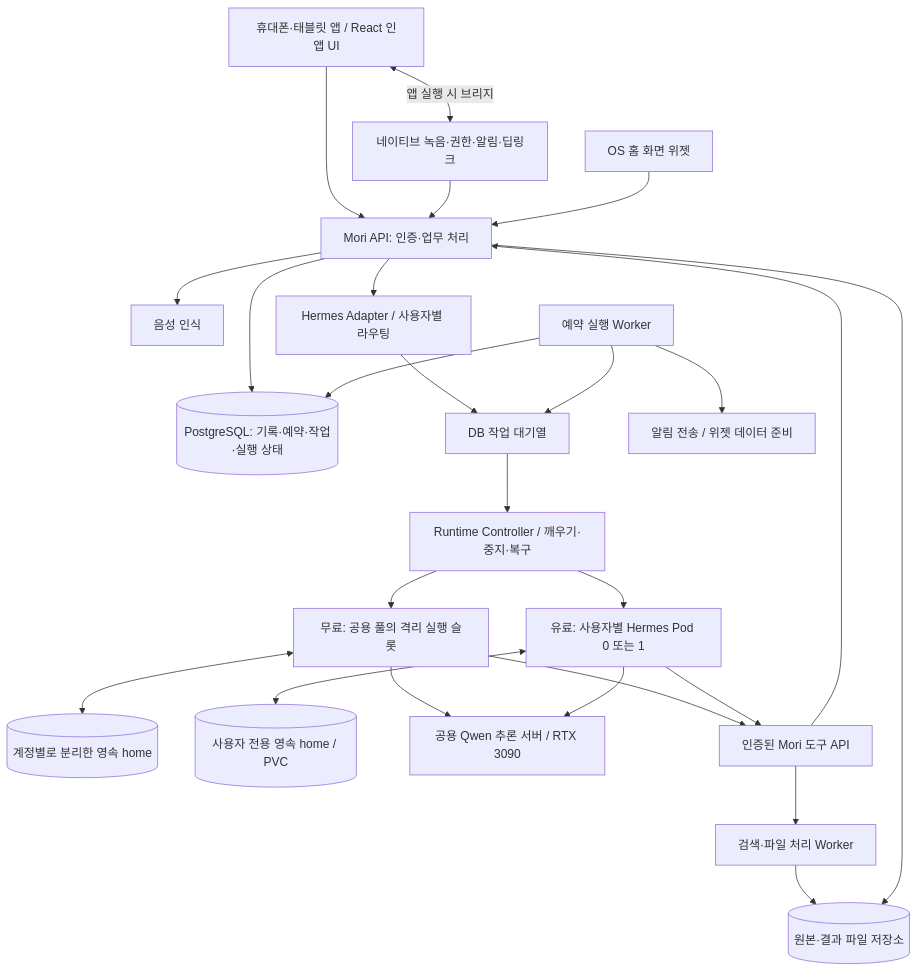
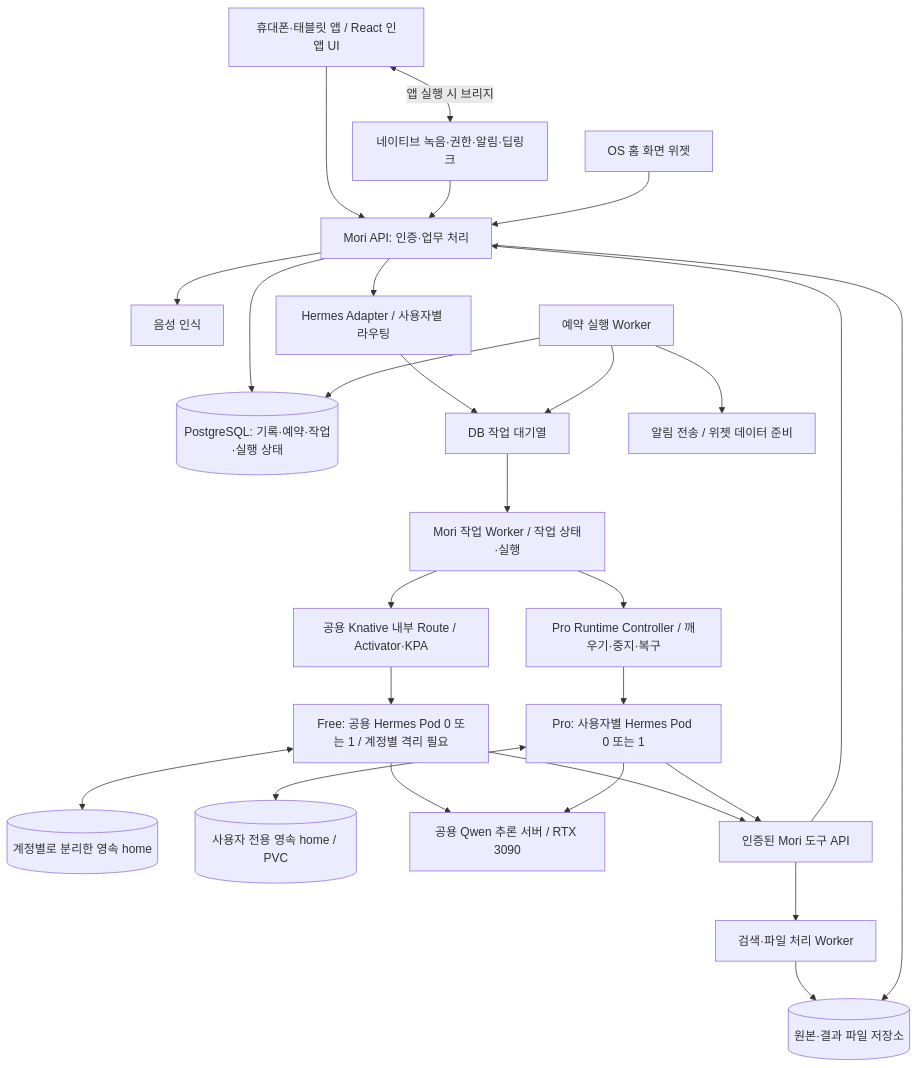
The first of 2 diagrams in architecture/plan.md (dong7314/mori), drawn with Mermaid before and after one commit. The commit also changed other lines of this file and 3 other files, not shown here.

Commit message:
docs(plan): update Knative progress and prioritize Hermes integration

````diff
--- a/architecture/plan.md
+++ b/architecture/plan.md
@@ -57,27 +57,29 @@
 ```mermaid
 flowchart TD
     App[휴대폰·태블릿 앱 / React 인앱 UI] --> API[Mori API: 인증·업무 처리]
     App <-->|앱 실행 시 브리지| Native[네이티브 녹음·권한·알림·딥링크]
     Native --> API
     Widget[OS 홈 화면 위젯] --> API
     API --> DB[(PostgreSQL: 기록·예약·작업·실행 상태)]
     API --> STT[음성 인식]
     API --> Router[Hermes Adapter / 사용자별 라우팅]
     Router --> Queue[DB 작업 대기열]
     Scheduler[예약 실행 Worker] --> DB
     Scheduler --> Queue
     Scheduler --> Notify[알림 전송 / 위젯 데이터 준비]
-    Queue --> Controller[Runtime Controller / 깨우기·중지·복구]
-    Controller --> Shared[무료: 공용 풀의 격리 실행 슬롯]
-    Controller --> Dedicated[유료: 사용자별 Hermes Pod 0 또는 1]
+    Queue --> Worker[Mori 작업 Worker / 작업 상태·실행]
+    Worker --> Route[공용 Knative 내부 Route / Activator·KPA]
+    Route --> Shared[Free: 공용 Hermes Pod 0 또는 1 / 계정별 격리 필요]
+    Worker --> Controller[Pro Runtime Controller / 깨우기·중지·복구]
+    Controller --> Dedicated[Pro: 사용자별 Hermes Pod 0 또는 1]
     Shared <--> SharedHome[(계정별로 분리한 영속 home)]
     Dedicated <--> Home[(사용자 전용 영속 home / PVC)]
     Shared --> LLM[공용 Qwen 추론 서버 / RTX 3090]
     Dedicated --> LLM
     Shared --> Tools[인증된 Mori 도구 API]
     Dedicated --> Tools
     Tools --> API
     Tools --> Jobs[검색·파일 처리 Worker]
     Jobs --> Files[(원본·결과 파일 저장소)]
     API --> Files
 ```
````
